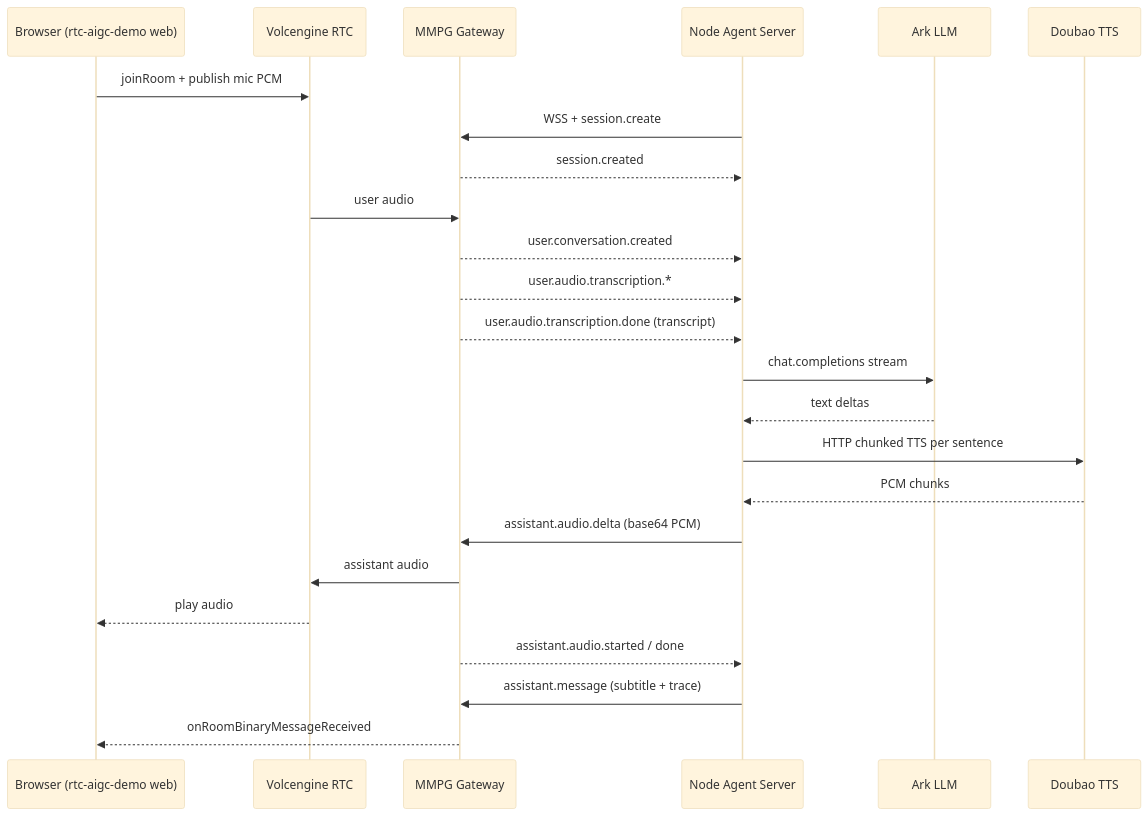
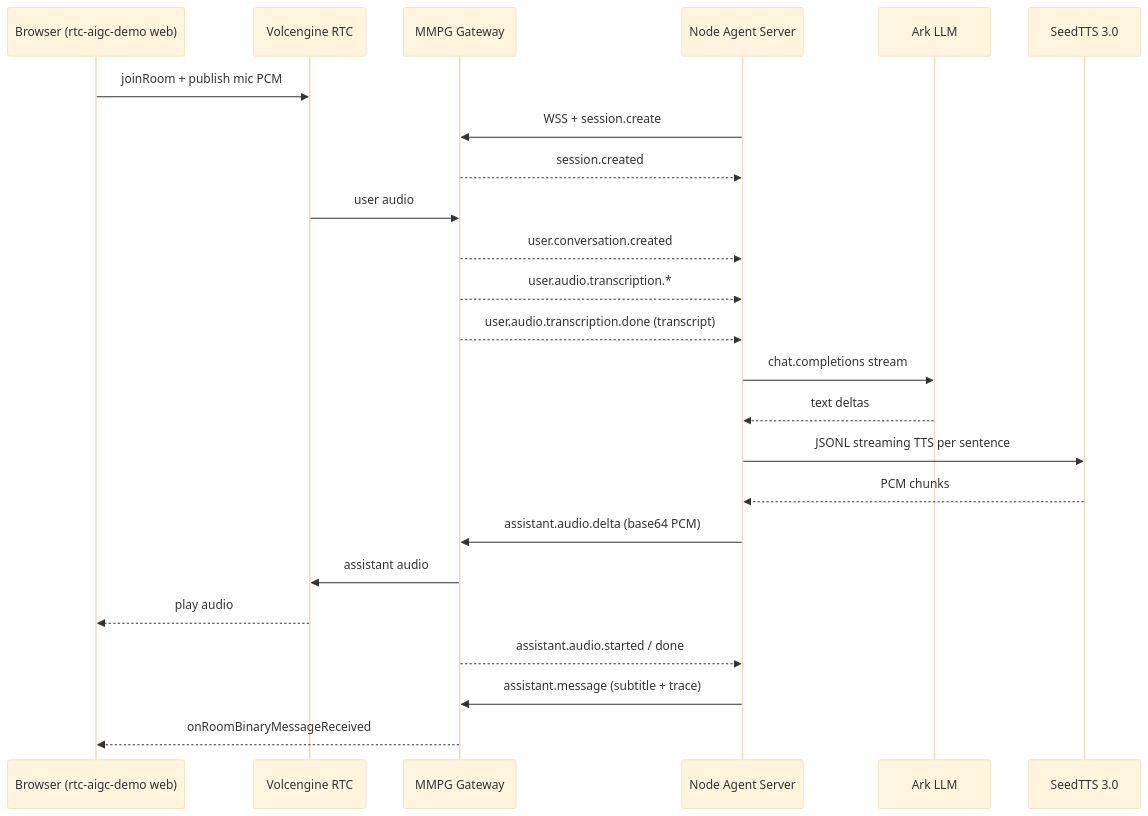
The diagram in docs/architecture.md (dej4vu/rtc-aigc-custom-agent-demo), drawn with Mermaid (base theme) before and after one commit. The commit also changed other lines of this file and 13 other files, not shown here.

Commit message:
feat: switch to SeedTTS 3.0 yandere voice

````diff
--- a/docs/architecture.md
+++ b/docs/architecture.md
@@ -5,27 +5,27 @@
 ```mermaid
 sequenceDiagram
     participant B as Browser (rtc-aigc-demo web)
     participant R as Volcengine RTC
     participant G as MMPG Gateway
     participant S as Node Agent Server
     participant L as Ark LLM
-    participant T as Doubao TTS
+    participant T as SeedTTS 3.0
 
     B->>R: joinRoom + publish mic PCM
     S->>G: WSS + session.create
     G-->>S: session.created
     R->>G: user audio
     G-->>S: user.conversation.created
     G-->>S: user.audio.transcription.*
     G-->>S: user.audio.transcription.done (transcript)
     S->>L: chat.completions stream
     L-->>S: text deltas
-    S->>T: HTTP chunked TTS per sentence
+    S->>T: JSONL streaming TTS per sentence
     T-->>S: PCM chunks
     S->>G: assistant.audio.delta (base64 PCM)
     G->>R: assistant audio
     R-->>B: play audio
     G-->>S: assistant.audio.started / done
     S->>G: assistant.message (subtitle + trace)
     G-->>B: onRoomBinaryMessageReceived
 ```
````
